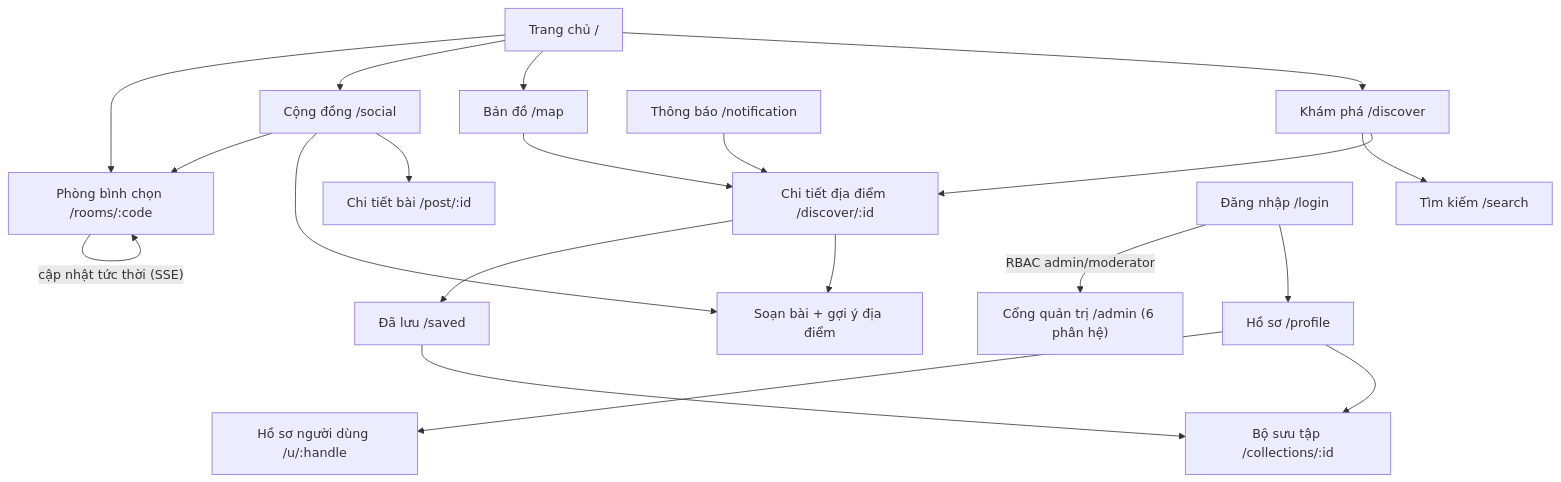
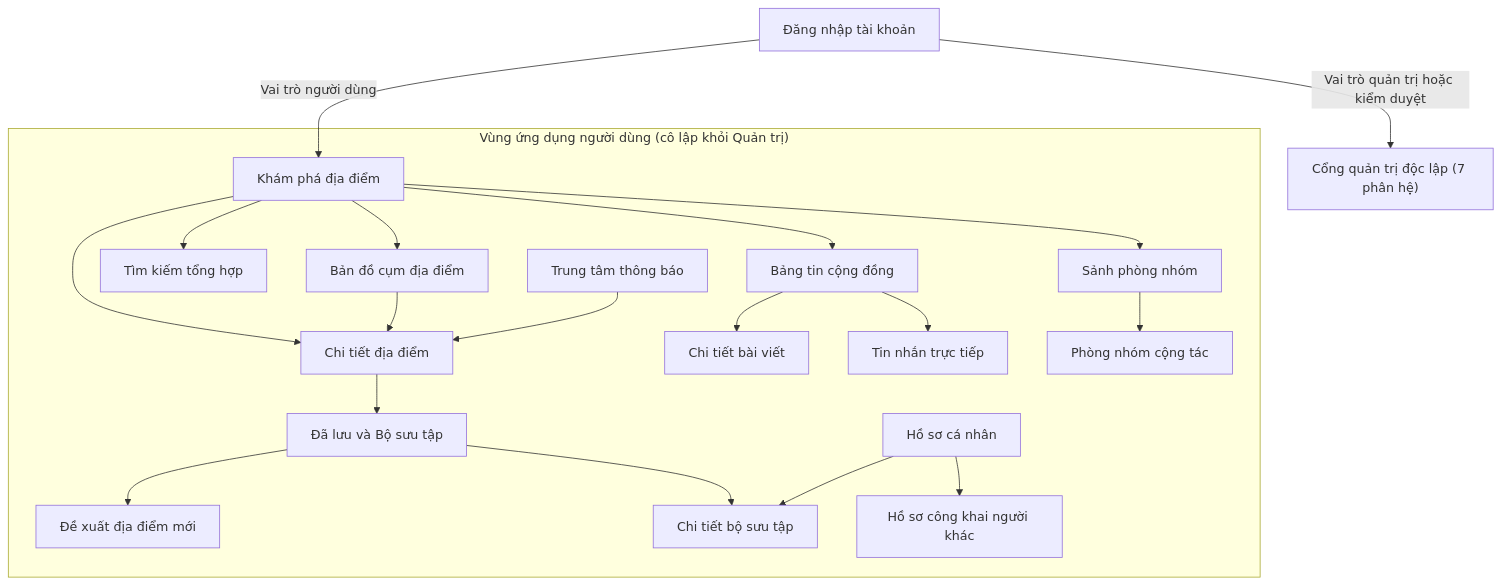
Before and after one commit to longqt321/Rendez-PBL6: diagram 15 of 24 in docs/bao-cao/BAO-CAO-DO-AN.md, drawn with Mermaid. The commit also changed other lines of this file and 71 other files, not shown here.

Commit message:
feat(schema,backend): complete UX API features, role isolation, and submissions

````diff
--- a/docs/bao-cao/BAO-CAO-DO-AN.md
+++ b/docs/bao-cao/BAO-CAO-DO-AN.md
@@ -1339,22 +1403,23 @@
 ```mermaid
 flowchart TD
-    Home["Trang chủ /"] --> Discover["Khám phá /discover"]
-    Home --> Map["Bản đồ /map"]
-    Discover --> Detail["Chi tiết địa điểm /discover/:id"]
-    Map --> Detail
-    Discover --> Search["Tìm kiếm /search"]
-    Home --> Social["Cộng đồng /social"]
-    Social --> Post["Chi tiết bài /post/:id"]
-    Social --> Compose["Soạn bài + gợi ý địa điểm"]
-    Detail --> Compose
-    Detail --> Saved["Đã lưu /saved"]
-    Saved --> Collection["Bộ sưu tập /collections/:id"]
-    Home --> Room["Phòng bình chọn /rooms/:code"]
-    Social --> Room
-    Room -->|"cập nhật tức thời (SSE)"| Room
-    Profile["Hồ sơ /profile"] --> Collection
-    Profile --> UserProfile["Hồ sơ người dùng /u/:handle"]
-    Notif["Thông báo /notification"] --> Detail
-    Auth["Đăng nhập /login"] --> Profile
-    Auth -->|"RBAC admin/moderator"| Admin["Cổng quản trị /admin (6 phân hệ)"]
+    Auth["Đăng nhập tài khoản"] -->|"Vai trò người dùng"| Home["Khám phá địa điểm"]
+    Auth -->|"Vai trò quản trị hoặc kiểm duyệt"| Admin["Cổng quản trị độc lập (7 phân hệ)"]
+
+    subgraph UserZone["Vùng ứng dụng người dùng (cô lập khỏi Quản trị)"]
+        Home --> Map["Bản đồ cụm địa điểm"]
+        Home --> Search["Tìm kiếm tổng hợp"]
+        Home --> Detail["Chi tiết địa điểm"]
+        Map --> Detail
+        Home --> Social["Bảng tin cộng đồng"]
+        Social --> Post["Chi tiết bài viết"]
+        Social --> Messages["Tin nhắn trực tiếp"]
+        Detail --> Saved["Đã lưu và Bộ sưu tập"]
+        Saved --> SuggestPlace["Đề xuất địa điểm mới"]
+        Saved --> Collection["Chi tiết bộ sưu tập"]
+        Home --> RoomsLobby["Sảnh phòng nhóm"]
+        RoomsLobby --> Room["Phòng nhóm cộng tác"]
+        Profile["Hồ sơ cá nhân"] --> Collection
+        Profile --> UserProfile["Hồ sơ công khai người khác"]
+        Notif["Trung tâm thông báo"] --> Detail
+    end
 ```
````
